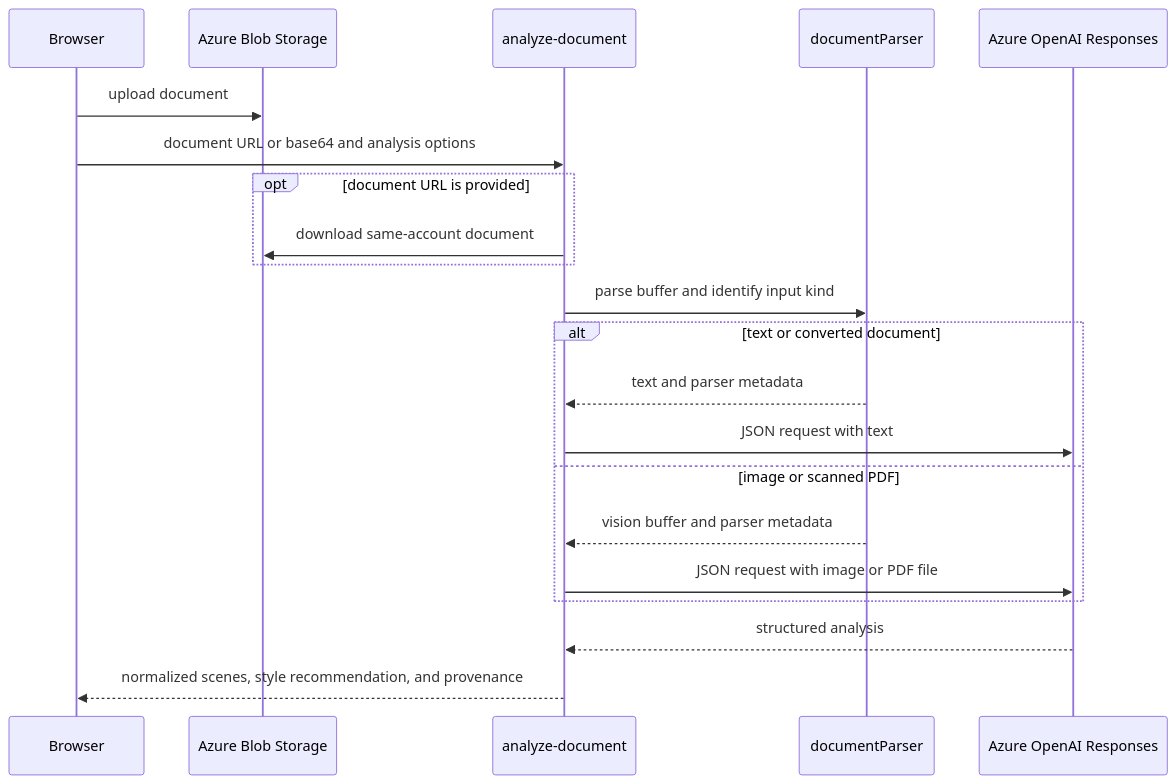
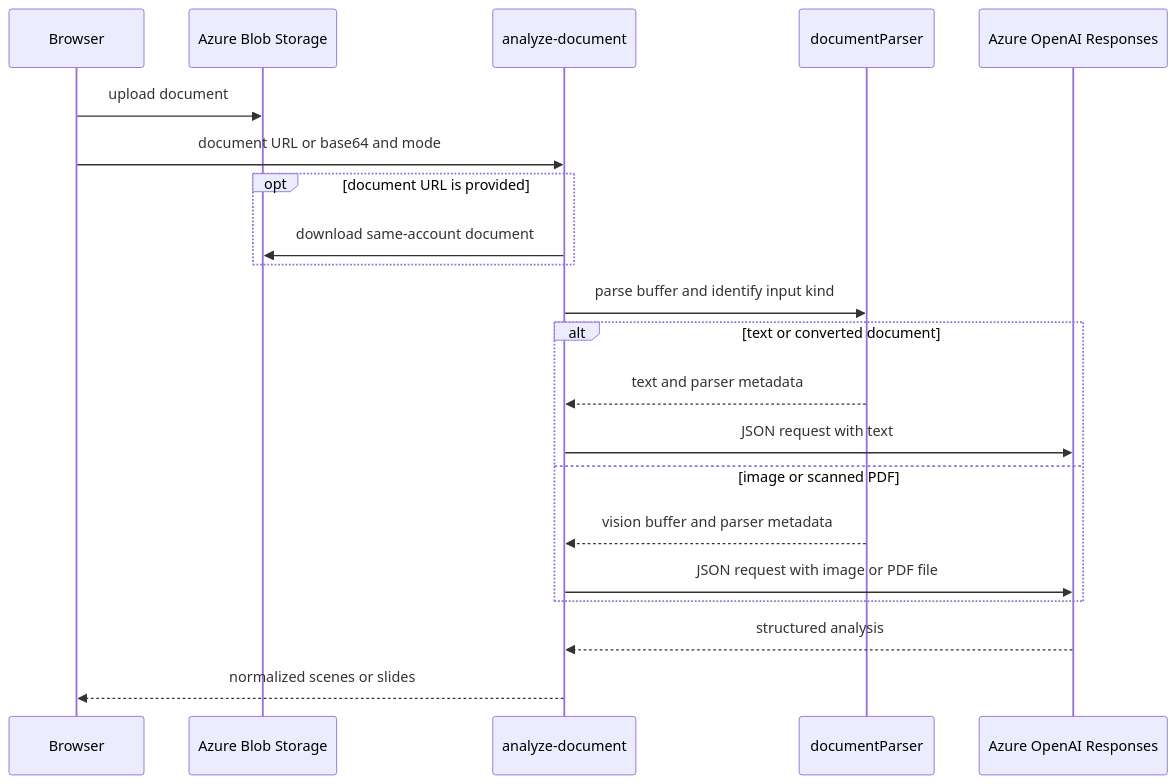
The first of 3 diagrams in openwiki/backend/ai-generation.md (tony30552001/Genpic-master), drawn with Mermaid before and after one commit. The commit also changed other lines of this file and 21 other files, not shown here.

````diff
--- a/openwiki/backend/ai-generation.md
+++ b/openwiki/backend/ai-generation.md
@@ -30,23 +30,23 @@
 ```mermaid
 sequenceDiagram
   participant Browser
   participant Blob as Azure Blob Storage
   participant Handler as analyze-document
   participant Parser as documentParser
   participant Azure as Azure OpenAI Responses
   Browser->>Blob: upload document
-  Browser->>Handler: document URL or base64 and analysis options
+  Browser->>Handler: document URL or base64 and mode
   opt document URL is provided
     Handler->>Blob: download same-account document
   end
   Handler->>Parser: parse buffer and identify input kind
   alt text or converted document
     Parser-->>Handler: text and parser metadata
     Handler->>Azure: JSON request with text
   else image or scanned PDF
     Parser-->>Handler: vision buffer and parser metadata
     Handler->>Azure: JSON request with image or PDF file
   end
   Azure-->>Handler: structured analysis
-  Handler-->>Browser: normalized scenes, style recommendation, and provenance
+  Handler-->>Browser: normalized scenes or slides
 ```
````
